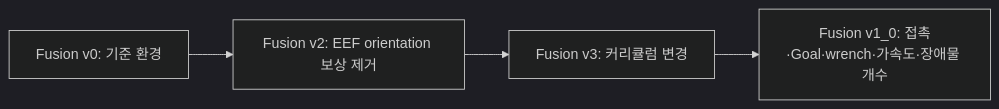
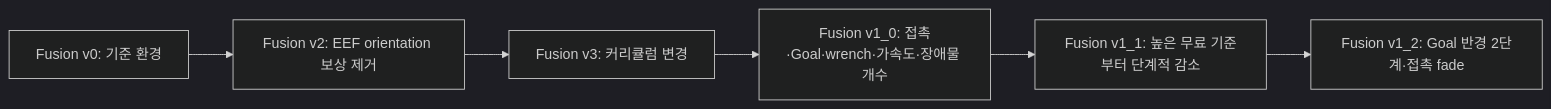
Before and after one commit to 7cmdehdrb/Contact-Rich-Manipulation-Context: the diagram in 02_implementation/environments/CONTACT_SWEEP_CLUTTER_FUSION_VERSIONS.md, drawn with Mermaid (dark theme). The commit also changed other lines of this file and 8 other files, not shown here.

````diff
--- a/02_implementation/environments/CONTACT_SWEEP_CLUTTER_FUSION_VERSIONS.md
+++ b/02_implementation/environments/CONTACT_SWEEP_CLUTTER_FUSION_VERSIONS.md
@@ -9,6 +9,8 @@
 ```mermaid
 flowchart LR
     V0["Fusion v0: 기준 환경"] --> V2["Fusion v2: EEF orientation 보상 제거"]
     V2 --> V3["Fusion v3: 커리큘럼 변경"]
     V3 --> V10["Fusion v1_0: 접촉·Goal·wrench·가속도·장애물 개수"]
+    V10 --> V11["Fusion v1_1: 높은 무료 기준부터 단계적 감소"]
+    V11 --> V12["Fusion v1_2: Goal 반경 2단계·접촉 fade"]
 ```
````
